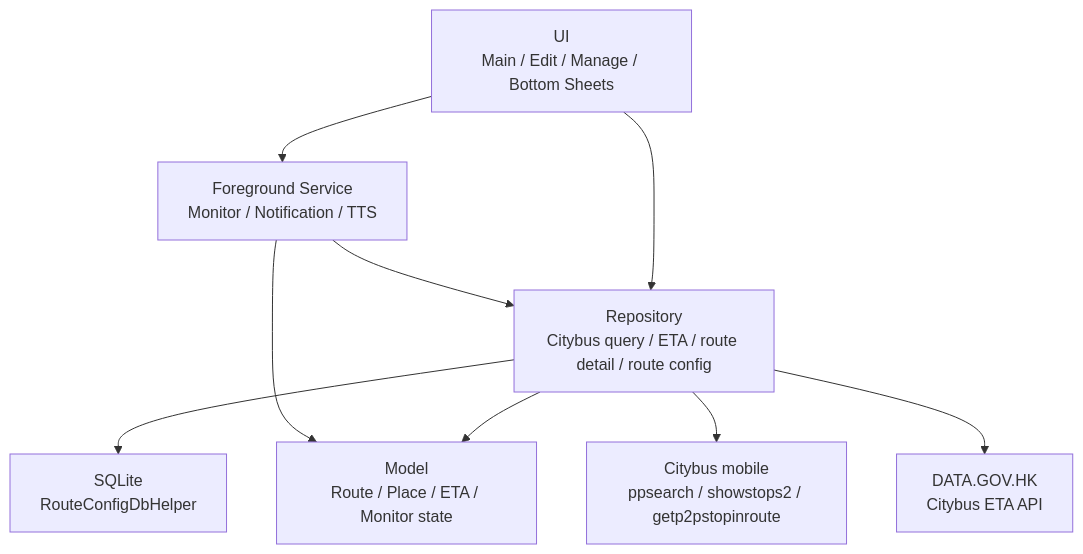
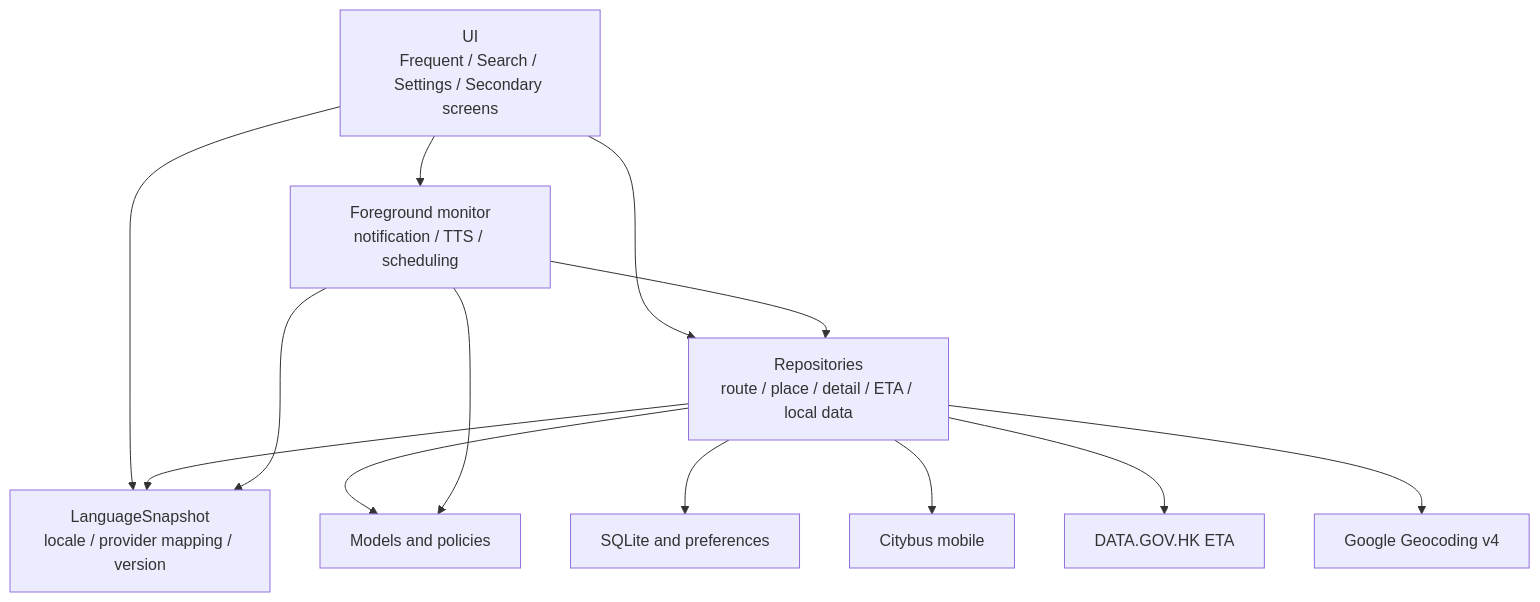
Before and after one commit to TianLanhe/BusIsComing: the diagram in README.md, drawn with Mermaid. The commit also changed other lines of this file and 192 other files, not shown here.

````diff
--- a/README.md
+++ b/README.md
@@ -89,19 +64,25 @@
 ```mermaid
 flowchart TD
-    UI["UI\nMain / Edit / Manage / Bottom Sheets"]
-    Repo["Repository\nCitybus query / ETA / route detail / route config"]
-    Model["Model\nRoute / Place / ETA / Monitor state"]
-    Local["SQLite\nRouteConfigDbHelper"]
-    Citybus["Citybus mobile\nppsearch / showstops2 / getp2pstopinroute"]
-    Gov["DATA.GOV.HK\nCitybus ETA API"]
-    Service["Foreground Service\nMonitor / Notification / TTS"]
+    UI["UI\nFrequent / Search / Settings / Secondary screens"]
+    Language["LanguageSnapshot\nlocale / provider mapping / version"]
+    Repo["Repositories\nroute / place / detail / ETA / local data"]
+    Model["Models and policies"]
+    Local["SQLite and preferences"]
+    Citybus["Citybus mobile"]
+    Gov["DATA.GOV.HK ETA"]
+    Google["Google Geocoding v4"]
+    Service["Foreground monitor\nnotification / TTS / scheduling"]
 
     UI --> Repo
     UI --> Service
+    UI --> Language
+    Repo --> Language
     Repo --> Model
     Repo --> Local
     Repo --> Citybus
     Repo --> Gov
+    Repo --> Google
     Service --> Repo
+    Service --> Language
     Service --> Model
 ```
````
